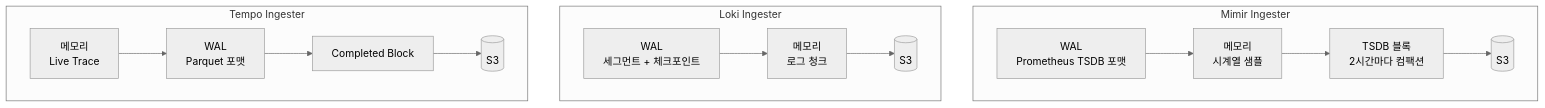
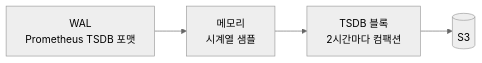
Before and after one commit to kimduksoo/duksoo-tech-blog: the second of 4 diagrams in content/observability/wal.md, drawn with Mermaid (neutral theme). The commit also changed other lines of this file, not shown here.

Commit message:
fix: LGTM WAL 다이어그램을 컴포넌트별 개별 배치로 변경

````diff
--- a/content/observability/wal.md
+++ b/content/observability/wal.md
@@ -41,28 +43,4 @@
 ```mermaid
-flowchart TB
-    subgraph Mimir[Mimir Ingester]
-        direction LR
-        M_WAL[WAL<br/>Prometheus TSDB 포맷]
-        M_Mem[메모리<br/>시계열 샘플]
-        M_Block[TSDB 블록<br/>2시간마다 컴팩션]
-        M_S3[(S3)]
-        M_WAL --> M_Mem --> M_Block --> M_S3
-    end
-
-    subgraph Loki[Loki Ingester]
-        direction LR
-        L_WAL[WAL<br/>세그먼트 + 체크포인트]
-        L_Mem[메모리<br/>로그 청크]
-        L_S3[(S3)]
-        L_WAL --> L_Mem --> L_S3
-    end
-
-    subgraph Tempo[Tempo Ingester]
-        direction LR
-        T_Mem[메모리<br/>Live Trace]
-        T_WAL[WAL<br/>Parquet 포맷]
-        T_Block[Completed Block]
-        T_S3[(S3)]
-        T_Mem --> T_WAL --> T_Block --> T_S3
-    end
+flowchart LR
+    M_WAL[WAL<br/>Prometheus TSDB 포맷] --> M_Mem[메모리<br/>시계열 샘플] --> M_Block[TSDB 블록<br/>2시간마다 컴팩션] --> M_S3[(S3)]
 ```
````
